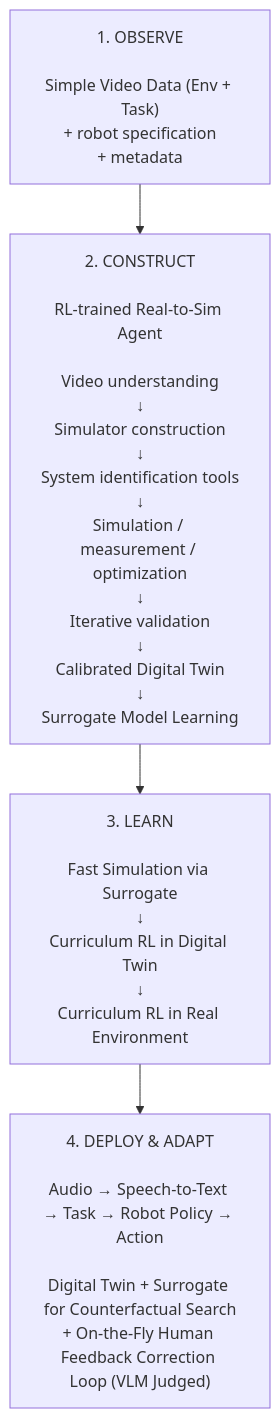
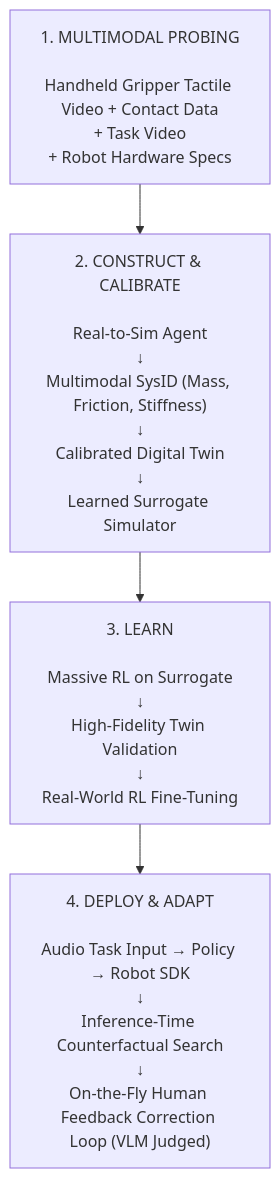
One commit to Freelunch-AI/freelunch-ide changed diagram 11 of 11 in docs/specs/post-demo/lunch_robotics.md. Above: the diagram before and after it, drawn with Mermaid. The commit also changed other lines of this file, not shown here.

First line of the commit message:
Revise lunch robotics specification with new datasets and details

````diff
--- a/docs/specs/post-demo/lunch_robotics.md
+++ b/docs/specs/post-demo/lunch_robotics.md
@@ -636,10 +479,10 @@
 ```mermaid
 flowchart TD
-    A["1. OBSERVE<br/><br/>Simple Video Data (Env + Task)<br/>+ robot specification<br/>+ metadata"]
+    A["1. MULTIMODAL PROBING<br/><br/>Handheld Gripper Tactile Video + Contact Data<br/>+ Task Video<br/>+ Robot Hardware Specs"]
 
-    A --> B["2. CONSTRUCT<br/><br/>RL-trained Real-to-Sim Agent<br/><br/>Video understanding<br/>↓<br/>Simulator construction<br/>↓<br/>System identification tools<br/>↓<br/>Simulation / measurement / optimization<br/>↓<br/>Iterative validation<br/>↓<br/>Calibrated Digital Twin<br/>↓<br/>Surrogate Model Learning"]
+    A --> B["2. CONSTRUCT & CALIBRATE<br/><br/>Real-to-Sim Agent<br/>↓<br/>Multimodal SysID (Mass, Friction, Stiffness)<br/>↓<br/>Calibrated Digital Twin<br/>↓<br/>Learned Surrogate Simulator"]
 
-    B --> C["3. LEARN<br/><br/>Fast Simulation via Surrogate<br/>↓<br/>Curriculum RL in Digital Twin<br/>↓<br/>Curriculum RL in Real Environment"]
+    B --> C["3. LEARN<br/><br/>Massive RL on Surrogate<br/>↓<br/>High-Fidelity Twin Validation<br/>↓<br/>Real-World RL Fine-Tuning"]
 
-    C --> D["4. DEPLOY & ADAPT<br/><br/>Audio → Speech-to-Text → Task → Robot Policy → Action<br/><br/>Digital Twin + Surrogate for Counterfactual Search<br/>+ On-the-Fly Human Feedback Correction Loop (VLM Judged)"]
+    C --> D["4. DEPLOY & ADAPT<br/><br/>Audio Task Input → Policy → Robot SDK<br/>↓<br/>Inference-Time Counterfactual Search<br/>↓<br/>On-the-Fly Human Feedback Correction Loop (VLM Judged)"]
 ```
````
